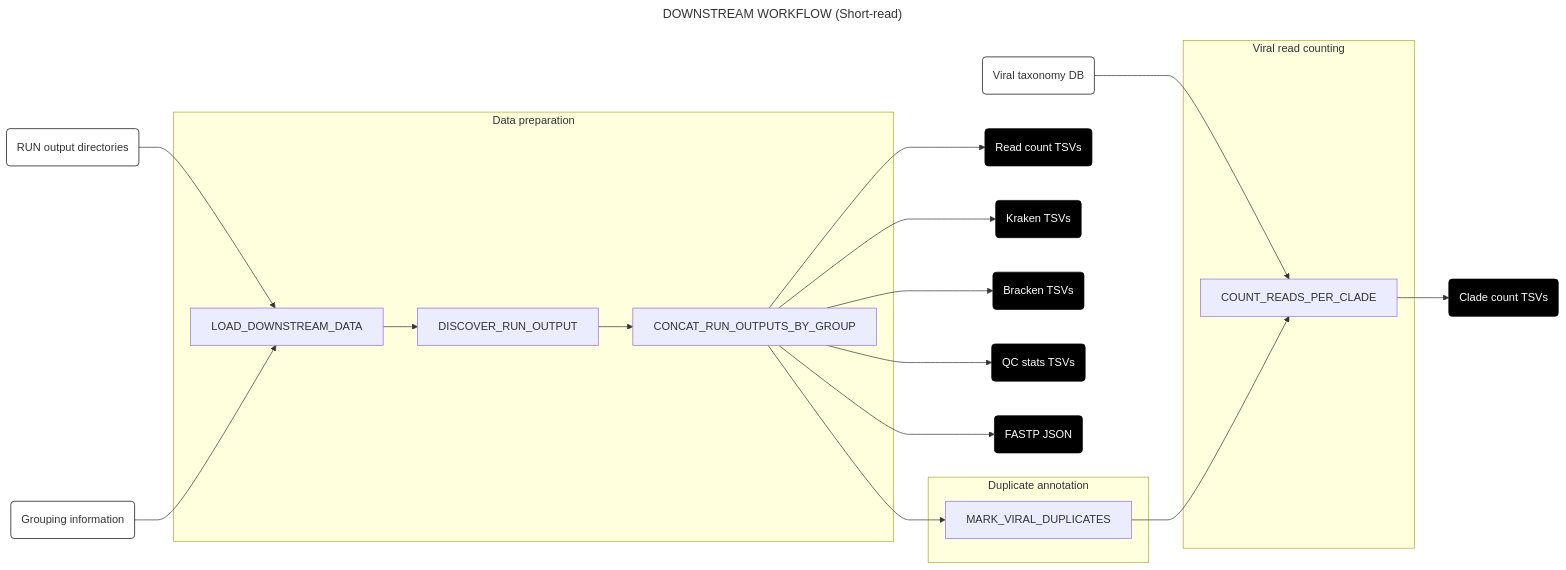
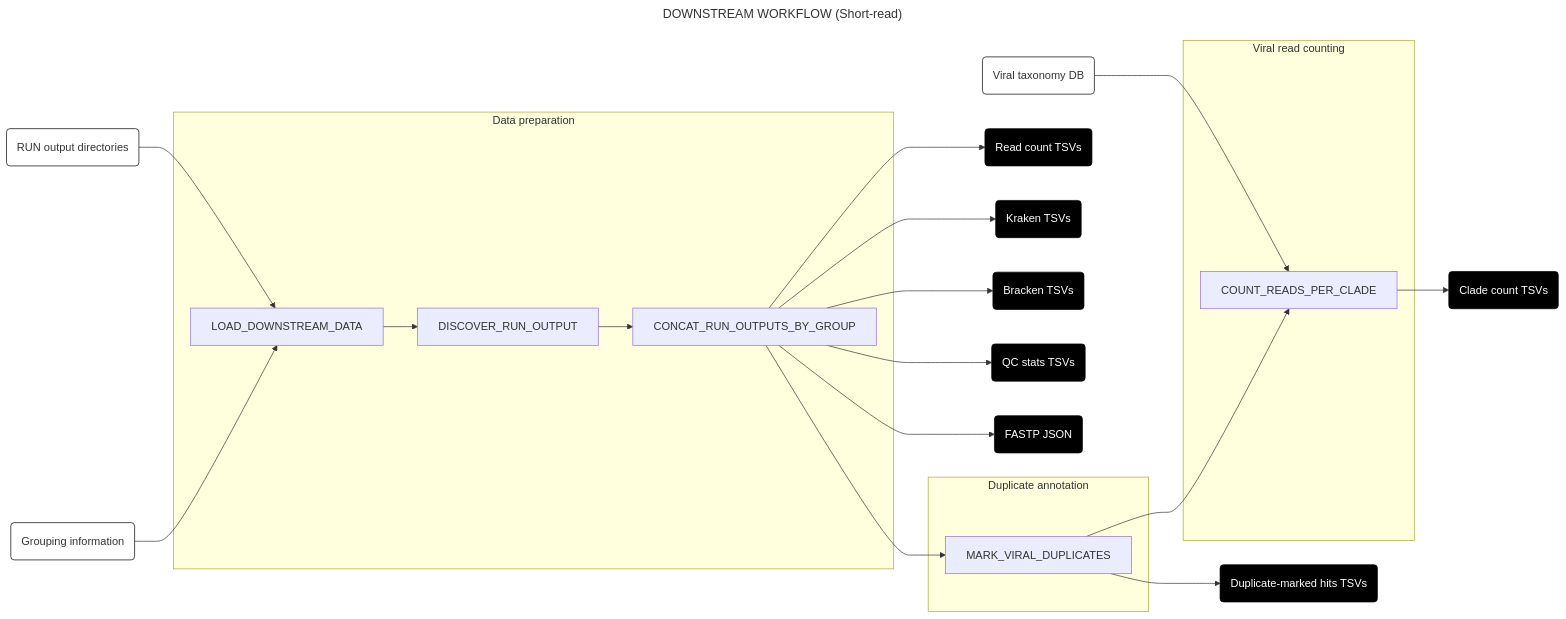
Before and after one commit to securebio/det-mclaren-2026-airplane-wastewater-mgs-workflow: the first of 4 diagrams in docs/downstream.md, drawn with Mermaid. The commit also changed other lines of this file and 6 other files, not shown here.

First line of the commit message:
Publish the duplicate-marked viral hits

````diff
--- a/docs/downstream.md
+++ b/docs/downstream.md
@@ -17,40 +17,42 @@
 ```mermaid
 ---
 title: DOWNSTREAM WORKFLOW (Short-read)
 config:
   layout: horizontal
 ---
 flowchart LR
 A(RUN output directories) & B(Grouping information) --> C[LOAD_DOWNSTREAM_DATA]
 C --> N[DISCOVER_RUN_OUTPUT]
 N --> O[CONCAT_RUN_OUTPUTS_BY_GROUP]
 O --> S(Read count TSVs)
 O --> KR(Kraken TSVs)
 O --> BR(Bracken TSVs)
 O --> QC(QC stats TSVs)
 O --> FJ(FASTP JSON)
 O --> E[MARK_VIRAL_DUPLICATES]
+E --> J(Duplicate-marked hits TSVs)
 G(Viral taxonomy DB) --> L[COUNT_READS_PER_CLADE]
 E --> L
 L --> M(Clade count TSVs)
 subgraph "Data preparation"
 C
 N
 O
 end
 subgraph "Duplicate annotation"
 E
 end
 subgraph "Viral read counting"
 L
 end
 style A fill:#fff,stroke:#000
 style B fill:#fff,stroke:#000
 style G fill:#fff,stroke:#000
+style J fill:#000,color:#fff,stroke:#000
 style M fill:#000,color:#fff,stroke:#000
 style S fill:#000,color:#fff,stroke:#000
 style KR fill:#000,color:#fff,stroke:#000
 style BR fill:#000,color:#fff,stroke:#000
 style QC fill:#000,color:#fff,stroke:#000
 style FJ fill:#000,color:#fff,stroke:#000
 ```
````
